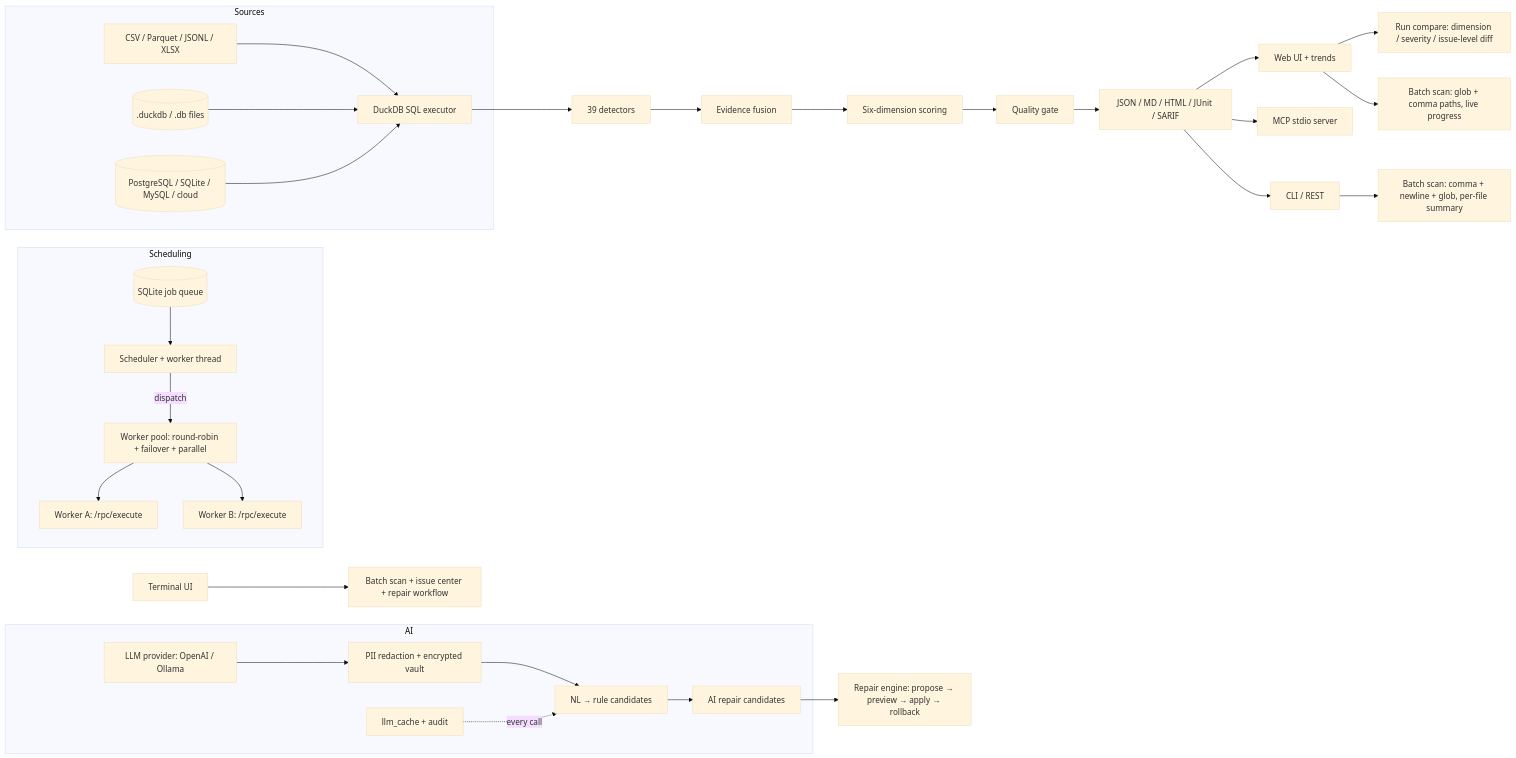
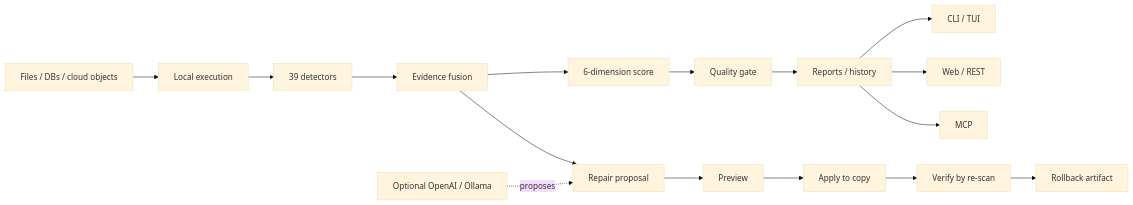
Before and after one commit to Jackxiaozhiren/datasentry: the diagram in README.md, drawn with Mermaid (base theme). The commit also changed other lines of this file and 14 other files, not shown here.

````diff
--- a/README.md
+++ b/README.md
@@ -82,36 +188,18 @@
 ```mermaid
 flowchart LR
-    subgraph Sources
-        CSV[CSV / Parquet / JSONL / XLSX] --> Exec[DuckDB SQL executor]
-        DDB[(.duckdb / .db files)] --> Exec
-        PG[(PostgreSQL / SQLite / MySQL / cloud)] --> Exec
-    end
-    Exec --> Dets[39 detectors]
-    Dets --> Fuse[Evidence fusion]
-    Fuse --> Score[Six-dimension scoring]
+    Sources[Files / DBs / cloud objects] --> DuckDB[Local execution]
+    DuckDB --> Detect[39 detectors]
+    Detect --> Evidence[Evidence fusion]
+    Evidence --> Score[6-dimension score]
     Score --> Gate[Quality gate]
-    Gate --> Report[JSON / MD / HTML / JUnit / SARIF]
-    Report --> UI[Web UI + trends]
-    UI --> Compare[Run compare: dimension / severity / issue-level diff]
-    UI --> BatchWeb[Batch scan: glob + comma paths, live progress]
-    Report --> MCP[MCP stdio server]
-    Report --> CLI[CLI / REST]
-    CLI --> BatchCLI[Batch scan: comma + newline + glob, per-file summary]
-    TUI[Terminal UI] --> BatchTUI[Batch scan + issue center + repair workflow]
-    subgraph Scheduling
-        Q[(SQLite job queue)] --> Sched[Scheduler + worker thread]
-        Sched -->|dispatch| Pool[Worker pool: round-robin + failover + parallel]
-        Pool --> W1[Worker A: /rpc/execute]
-        Pool --> W2[Worker B: /rpc/execute]
-    end
-    subgraph AI
-        LLM[LLM provider: OpenAI / Ollama]
-        Red[PII redaction + encrypted vault]
-        Audit[llm_cache + audit]
-        LLM --> Red
-        Red --> Rules[NL → rule candidates]
-        Rules --> Repair[AI repair candidates]
-        Audit -.->|every call| Rules
-    end
-    Repair --> RepairEngine[Repair engine: propose → preview → apply → rollback]
+    Gate --> Reports[Reports / history]
+    Reports --> CLI[CLI / TUI]
+    Reports --> Web[Web / REST]
+    Reports --> MCP[MCP]
+    Evidence --> Proposal[Repair proposal]
+    Proposal --> Preview[Preview]
+    Preview --> Apply[Apply to copy]
+    Apply --> Verify[Verify by re-scan]
+    Verify --> Rollback[Rollback artifact]
+    LLM[Optional OpenAI / Ollama] -. proposes .-> Proposal
 ```
````
